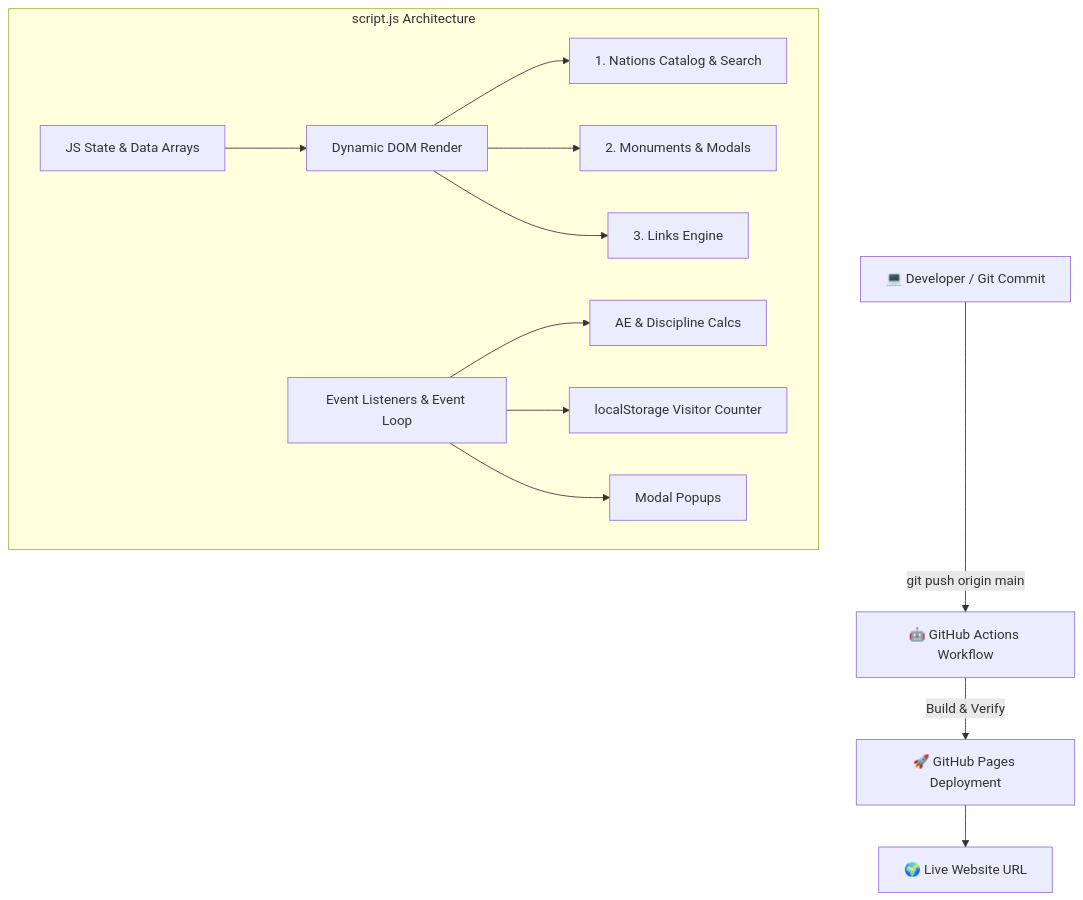
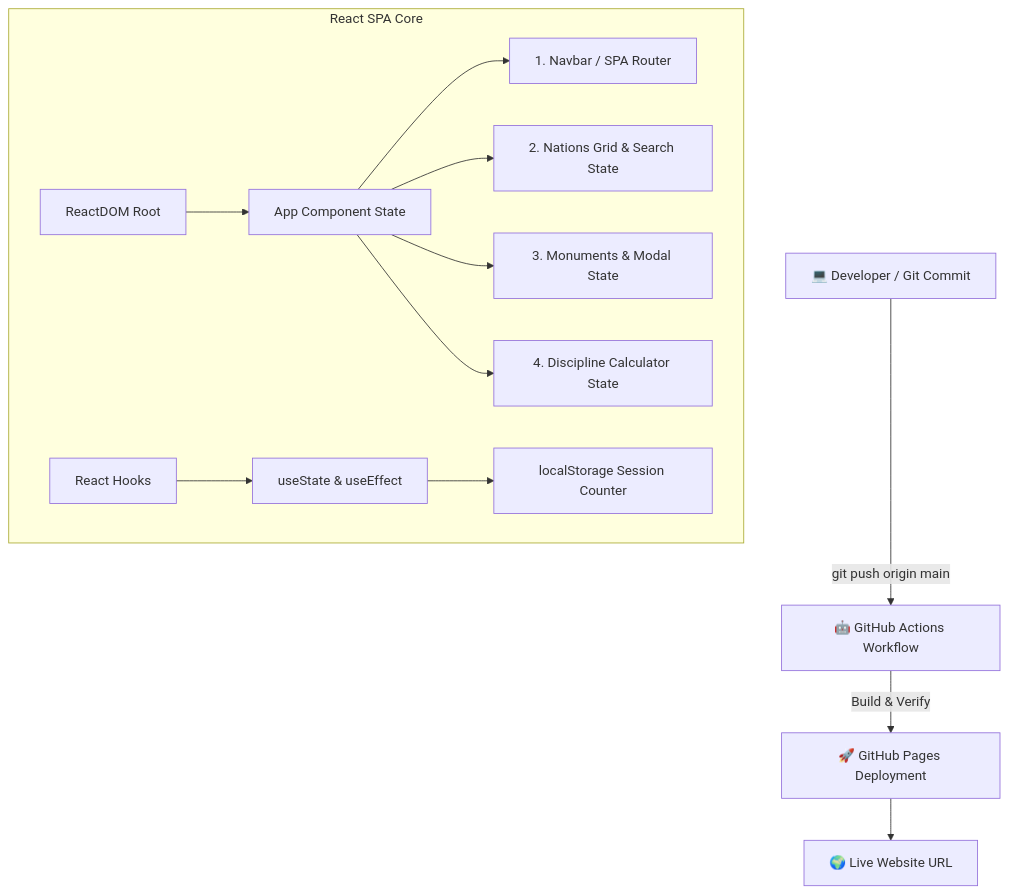
The diagram in README.md (Belka9823/eu4-indie-JS-), drawn with Mermaid before and after one commit. The commit also changed other lines of this file, not shown here.

````diff
--- a/README.md
+++ b/README.md
@@ -63,17 +65,17 @@
 ```mermaid
 graph TD
     A[💻 Developer / Git Commit] -->|git push origin main| B[🤖 GitHub Actions Workflow]
     B -->|Build & Verify| C[🚀 GitHub Pages Deployment]
     C --> D[🌍 Live Website URL]
 
-    subgraph JS Engine [script.js Architecture]
-        E[JS State & Data Arrays] --> F[Dynamic DOM Render]
-        F --> G[1. Nations Catalog & Search]
-        F --> H[2. Monuments & Modals]
-        F --> I[3. Links Engine]
+    subgraph React Architecture [React SPA Core]
+        E[ReactDOM Root] --> F[App Component State]
+        F --> G[1. Navbar / SPA Router]
+        F --> H[2. Nations Grid & Search State]
+        F --> I[3. Monuments & Modal State]
+        F --> J[4. Discipline Calculator State]
         
-        J[Event Listeners & Event Loop] --> K[AE & Discipline Calcs]
-        J --> L[localStorage Visitor Counter]
-        J --> M[Modal Popups]
+        K[React Hooks] --> L[useState & useEffect]
+        L --> M[localStorage Session Counter]
     end
 ```
````
